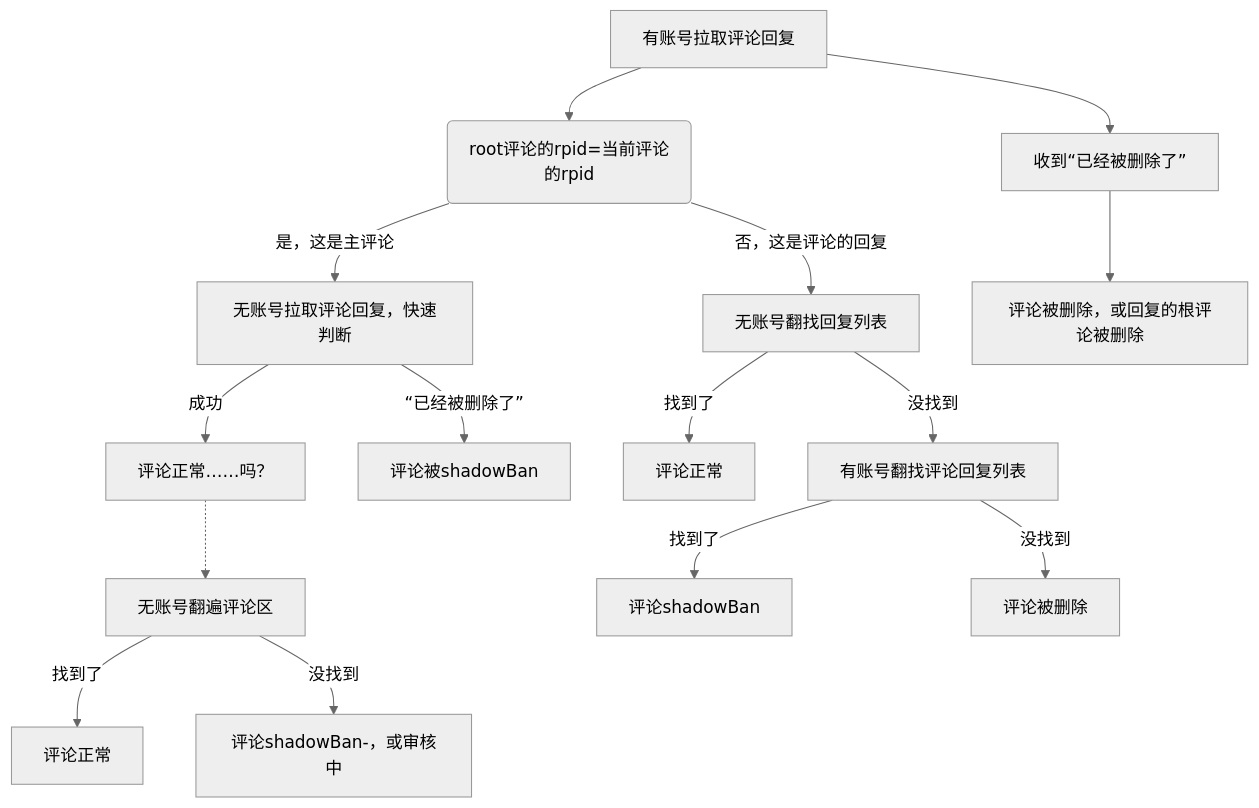
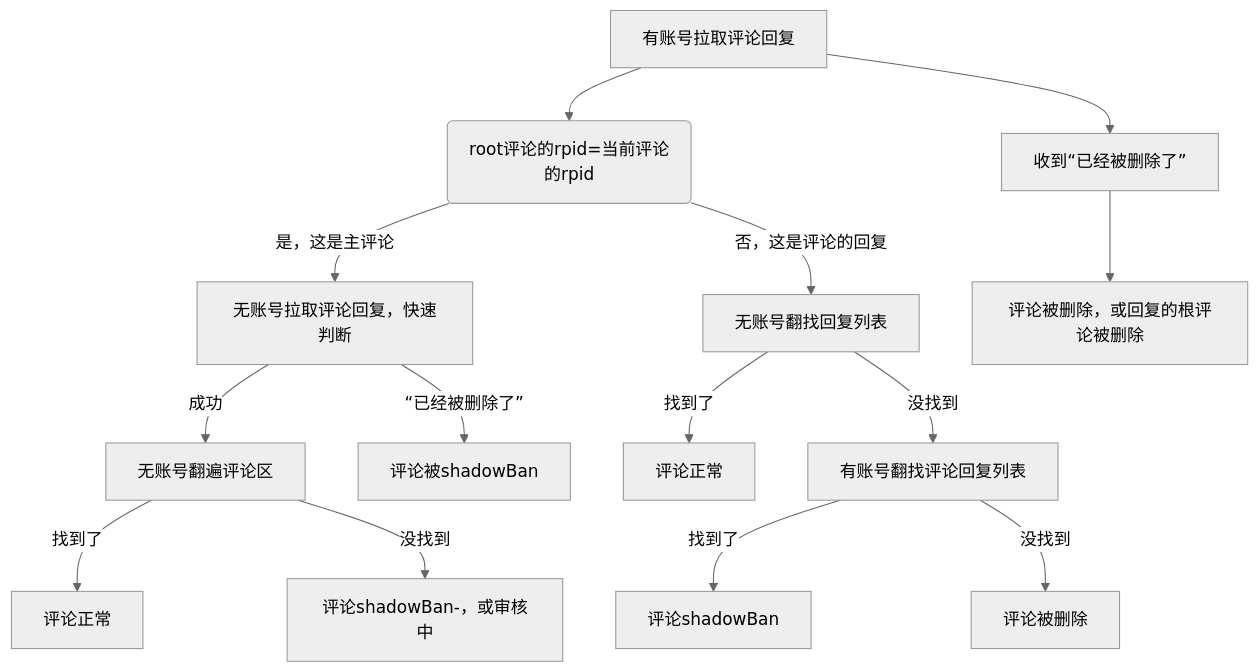
Before and after one commit to boli0301/bili.libre.commit: the fourth of 5 diagrams in README.md, drawn with Mermaid (neutral theme). The commit also changed other lines of this file and 121 other files, not shown here.

````diff
--- a/README.md
+++ b/README.md
@@ -133,16 +167,16 @@
 ``` mermaid
 graph TB
 00[有账号拉取评论回复] 
 00 --> 10(root评论的rpid=当前评论的rpid)
 00 --> 02["收到“已经被删除了”"] --> 04["评论被删除，或回复的根评论被删除"]
 10 --"是，这是主评论"--> 20["无账号拉取评论回复，快速判断"] 
-20 --成功--> 30["评论正常……吗？"] -.-> 100["无账号翻遍评论区"] 
+20 --成功--> 100["无账号翻遍评论区"] 
 100 --找到了--> 110["评论正常"]
 100 --没找到--> 120["评论shadowBan-，或审核中"]
 20 --"“已经被删除了”"--> 40["评论被shadowBan"]
 10 --"否，这是评论的回复"--> 50["无账号翻找回复列表"] 
 50 --找到了--> 60["评论正常"]
 50 --没找到--> 70["有账号翻找评论回复列表"] 
 70 --找到了--> 80["评论shadowBan"]
 70 --没找到--> 90["评论被删除"]
 ```
````
